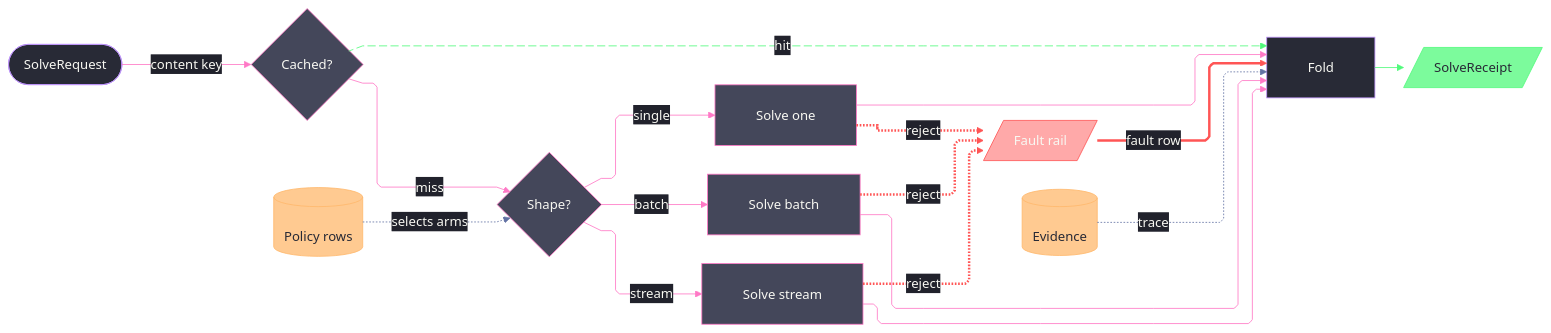
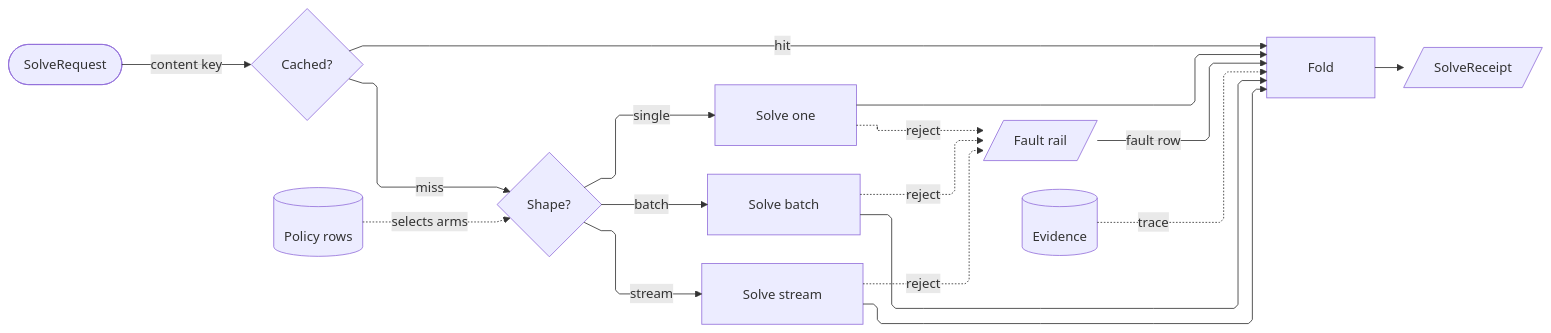
The diagram in .claude/skills/mermaid-diagramming/templates/logic-flow.mmd.md (bsamiee/Rasm), drawn with Mermaid before and after one commit. The commit also changed other lines of this file and 28 other files, not shown here.

Commit message:
skills(docgen+mermaid): payload-only diagram law — docgen gate/fixer strips fence styling; mermaid bundle sheds the styling canon, theming survives as one opt-in reference

````diff
--- a/.claude/skills/mermaid-diagramming/templates/logic-flow.mmd.md
+++ b/.claude/skills/mermaid-diagramming/templates/logic-flow.mmd.md
@@ -5,61 +5,28 @@
 ```mermaid
 ---
 config:
-  theme: base
-  look: classic
   layout: elk
   flowchart:
     curve: linear
     padding: 25
-  themeVariables:
-    darkMode: true
-    fontFamily: "SF Mono, Menlo, Cascadia Mono, Segoe UI Mono, Consolas, monospace"
-    useGradient: false
-    dropShadow: "none"
-    background: "#282A36"
-    primaryColor: "#44475A"
-    primaryTextColor: "#F8F8F2"
-    primaryBorderColor: "#BD93F9"
-    lineColor: "#FF79C6"
-    textColor: "#F8F8F2"
-    edgeLabelBackground: "#21222C"
-    labelBackgroundColor: "#21222C"
-  themeCSS: ".nodeLabel{font-size:13px;font-weight:500}.edgeLabel{font-size:12px;font-weight:500}.cluster-label .nodeLabel{font-size:13.5px;font-weight:700;letter-spacing:.08em}.edge-thickness-normal{stroke-width:2px}.edge-thickness-thick{stroke-width:3px}.edge-pattern-dashed,.edge-pattern-dotted{stroke-width:1.5px;stroke-dasharray:4 6}.node rect,.node circle,.node polygon,.node path,.node .outer-path{stroke-width:1.5px;filter:none!important}.cluster rect{stroke-width:1px!important;stroke-dasharray:5 4!important;filter:none!important}.marker path{transform:scale(.8);transform-origin:5px 5px}.marker circle{transform:scale(.48);transform-origin:5px 5px}.edgeLabel rect{transform-box:fill-box;transform-origin:center;transform:scale(1.1,1.2)}"
 ---
 flowchart LR
     accTitle: Solve dispatch and fold
     accDescr: One compute entry discriminating input shape into three policy-selected arms behind an animated content-key cache short-circuit, arm rejects converging on one red fault rail that rejoins the fold, and a dotted evidence trace feeding the single solver receipt.
     In([SolveRequest]) -->|"content key"| Hit{Cached?}
     Hit e1@-->|"hit"| Fold
     Hit -->|"miss"| Shape{Shape?}
     Policy[(Policy rows)] e2@-.->|"selects arms"| Shape
     Shape -->|"single"| ArmA[Solve one]
     Shape -->|"batch"| ArmB[Solve batch]
     Shape -->|"stream"| ArmC[Solve stream]
     ArmA --> Fold[Fold]
     ArmB --> Fold
     ArmC --> Fold
     ArmA e3@-.->|"reject"| Fault[/Fault rail/]
     ArmB e4@-.->|"reject"| Fault
     ArmC e5@-.->|"reject"| Fault
     Fault e6@-->|"fault row"| Fold
     Fold e7@--> Receipt[/SolveReceipt/]
     Evidence[(Evidence)] e8@-.->|"trace"| Fold
-    e1@{ animate: true }
-    classDef primary fill:#44475A,stroke:#FF79C6,color:#F8F8F2
-    classDef success fill:#50FA7BBF,stroke:#50FA7B,color:#282A36
-    classDef error fill:#FF555580,stroke:#FF5555,color:#F8F8F2
-    classDef data fill:#FFB86CBF,stroke:#FFB86C,color:#282A36
-    classDef boundary fill:#282A36,stroke:#BD93F9,color:#F8F8F2
-    classDef edgeSuccess stroke:#50FA7B,color:#F8F8F2
-    classDef edgeError stroke:#FF5555,stroke-width:3px,color:#F8F8F2
-    classDef edgeTrace stroke:#6272A4,color:#F8F8F2
-    class ArmA,ArmB,ArmC,Shape,Hit primary
-    class Receipt success
-    class Fault error
-    class Policy,Evidence data
-    class In,Fold boundary
-    class e1,e7 edgeSuccess
-    class e2,e8 edgeTrace
-    class e3,e4,e5,e6 edgeError
 ```
````
